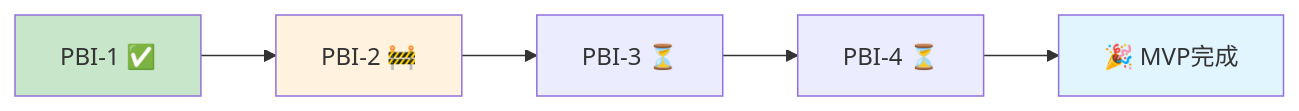
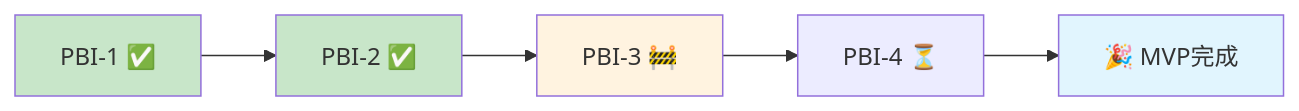
One commit to ak-nagae/sideVar changed the ninth of 9 diagrams in docs/PROGRESS_REPORT.md. Above: the diagram before and after it, drawn with Mermaid. The commit also changed other lines of this file and 1 other file, not shown here.

Commit message:
PBI-2Doneにあたってドキュメント更新

````diff
--- a/docs/PROGRESS_REPORT.md
+++ b/docs/PROGRESS_REPORT.md
@@ -223,11 +247,12 @@
 ```mermaid
 graph LR
-    A[PBI-1 ✅] --> B[PBI-2 🚧]
-    B --> C[PBI-3 ⏳]
+    A[PBI-1 ✅] --> B[PBI-2 ✅]
+    B --> C[PBI-3 🚧]
     C --> D[PBI-4 ⏳]
     D --> E[🎉 MVP完成]
     
     style A fill:#c8e6c9
-    style B fill:#fff3e0
+    style B fill:#c8e6c9
+    style C fill:#fff3e0
     style E fill:#e1f5fe
 ```
````
